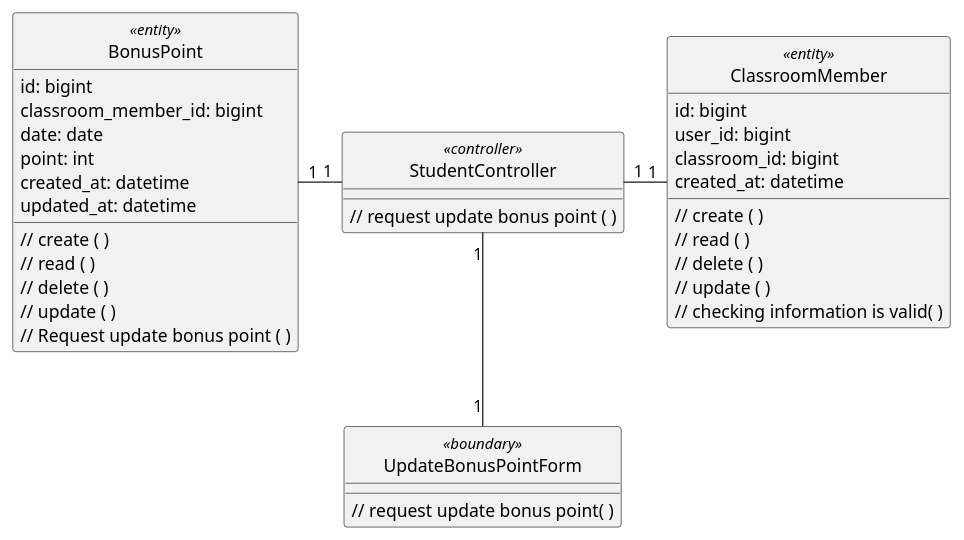
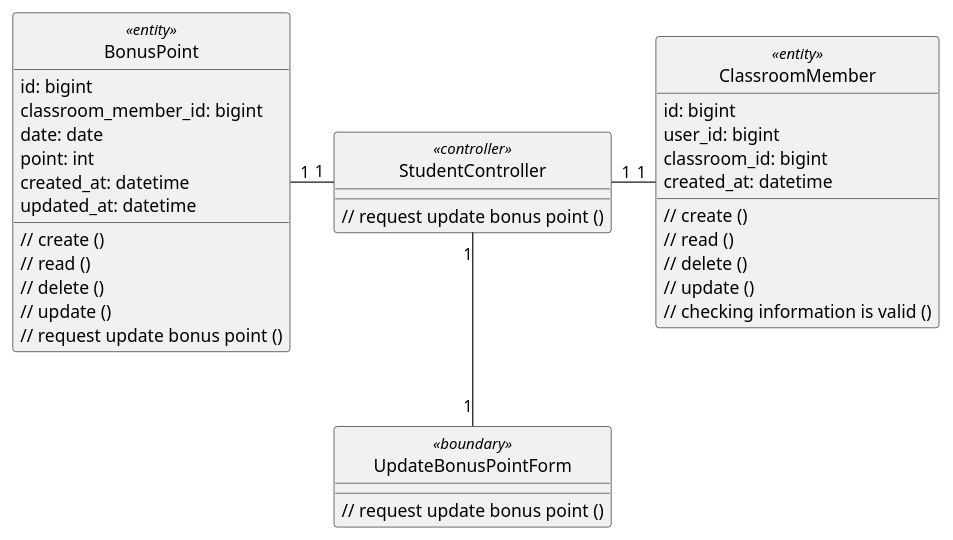
Before and after one commit to anonyhostvn/OOAD-Diagram: the diagram in class - analysis/rollcall/updateBonusPoint.plantuml, drawn with PlantUML. The commit also changed 18 other files, not shown here.

```diff
--- a/class - analysis/rollcall/updateBonusPoint.plantuml
+++ b/class - analysis/rollcall/updateBonusPoint.plantuml
@@ -1,49 +1,49 @@
 @startuml updateBonusPoint
 
 class BonusPoint <<entity>> {
     id: bigint
     classroom_member_id: bigint
     date: date
     point: int
     created_at: datetime
     updated_at: datetime
 
-    // create ( )
-    // read ( )
-    // delete ( )
-    // update ( )
-    // Request update bonus point ( )
+    // create ()
+    // read ()
+    // delete ()
+    // update ()
+    // request update bonus point ()
 }
 
 class ClassroomMember <<entity>> {
     id: bigint
     user_id: bigint
     classroom_id: bigint
     created_at: datetime
 
-    // create ( )
-    // read ( )
-    // delete ( )
-    // update ( )
-    // checking information is valid( )
+    // create ()
+    // read ()
+    // delete ()
+    // update ()
+    // checking information is valid ()
 }
 
 class UpdateBonusPointForm <<boundary>> {
-    // request update bonus point( )
+    // request update bonus point ()
 }
 
 class StudentController <<controller>> {
-    // request update bonus point ( )
+    // request update bonus point ()
 }
 
 hide BonusPoint <<entity>> circle
 hide UpdateBonusPointForm <<boundary>> circle
 hide StudentController <<controller>> circle
 
 StudentController "1" -left- "1" BonusPoint
 StudentController "1" -right- "1" ClassroomMember
 StudentController "1" -down- "1" UpdateBonusPointForm
 
 
 
 @enduml
```
